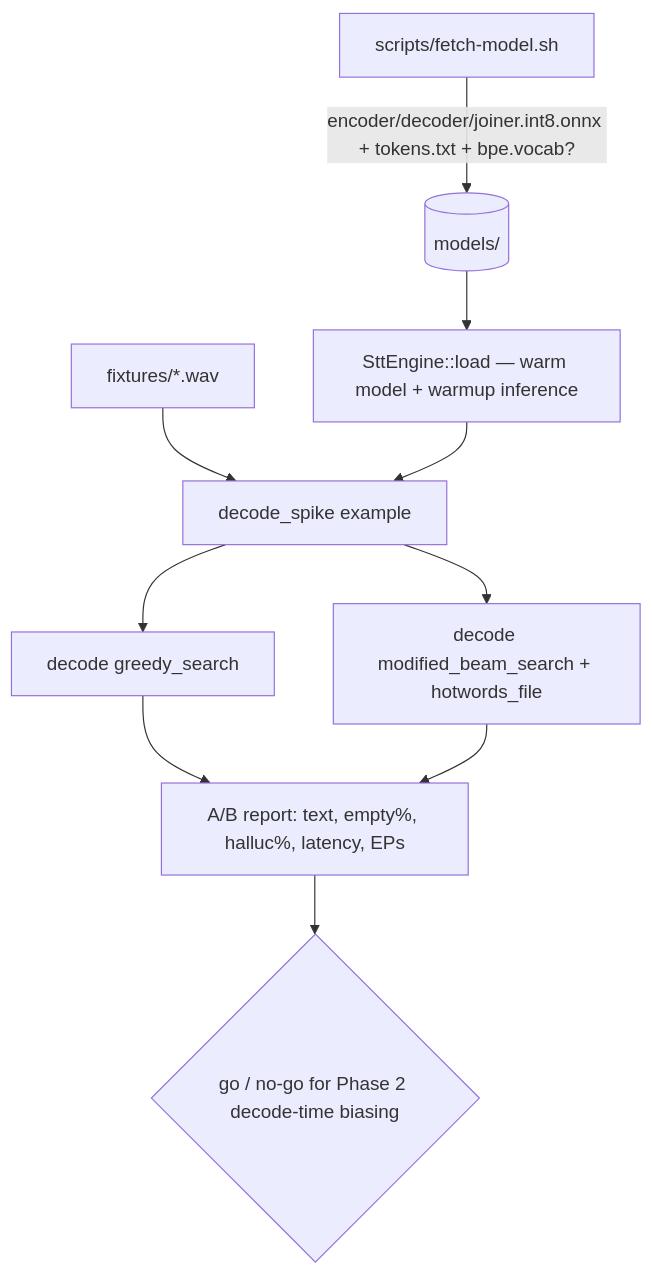
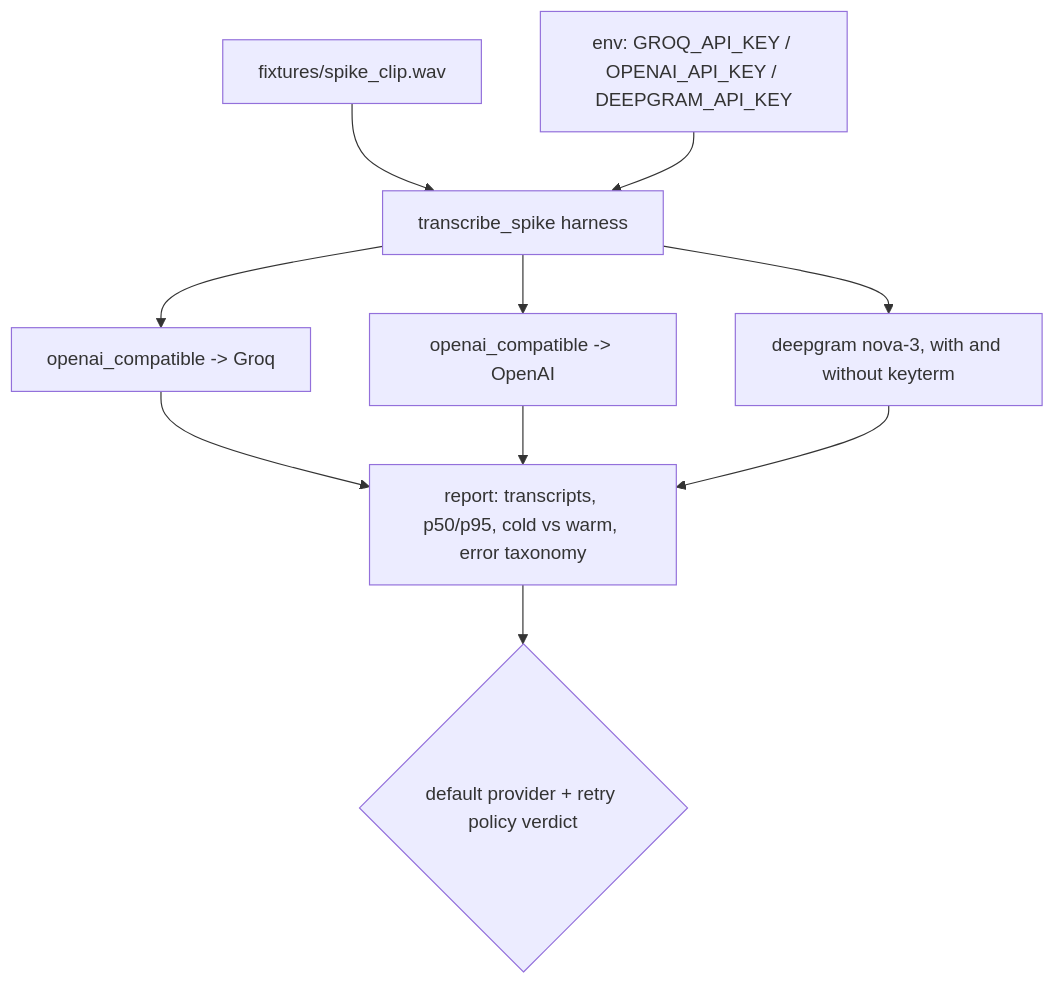
The diagram in tasks/2026-07-15-phase1-stt-spike.md (BoardPandas/Hark), drawn with Mermaid before and after one commit. The commit also changed other lines of this file and 16 other files, not shown here.

First line of the commit message:
Pivot STT from on-device to BYOK cloud with multi-provider adapters

````diff
--- a/tasks/2026-07-15-phase1-stt-spike.md
+++ b/tasks/2026-07-15-phase1-stt-spike.md
@@ -45,12 +67,12 @@
 ```mermaid
 flowchart TD
-    A[scripts/fetch-model.sh] -->|encoder/decoder/joiner.int8.onnx + tokens.txt + bpe.vocab?| M[(models/)]
-    F[fixtures/*.wav] --> H[decode_spike example]
-    M --> E[SttEngine::load — warm model + warmup inference]
-    E --> H
-    H --> D1[decode greedy_search]
-    H --> D2[decode modified_beam_search + hotwords_file]
-    D1 --> R[A/B report: text, empty%, halluc%, latency, EPs]
-    D2 --> R
-    R --> V{go / no-go for Phase 2 decode-time biasing}
+    F[fixtures/spike_clip.wav] --> H[transcribe_spike harness]
+    K[env: GROQ_API_KEY / OPENAI_API_KEY / DEEPGRAM_API_KEY] --> H
+    H --> A1[openai_compatible -> Groq]
+    H --> A2[openai_compatible -> OpenAI]
+    H --> A3[deepgram nova-3, with and without keyterm]
+    A1 --> R[report: transcripts, p50/p95, cold vs warm, error taxonomy]
+    A2 --> R
+    A3 --> R
+    R --> V{default provider + retry policy verdict}
 ```
````
